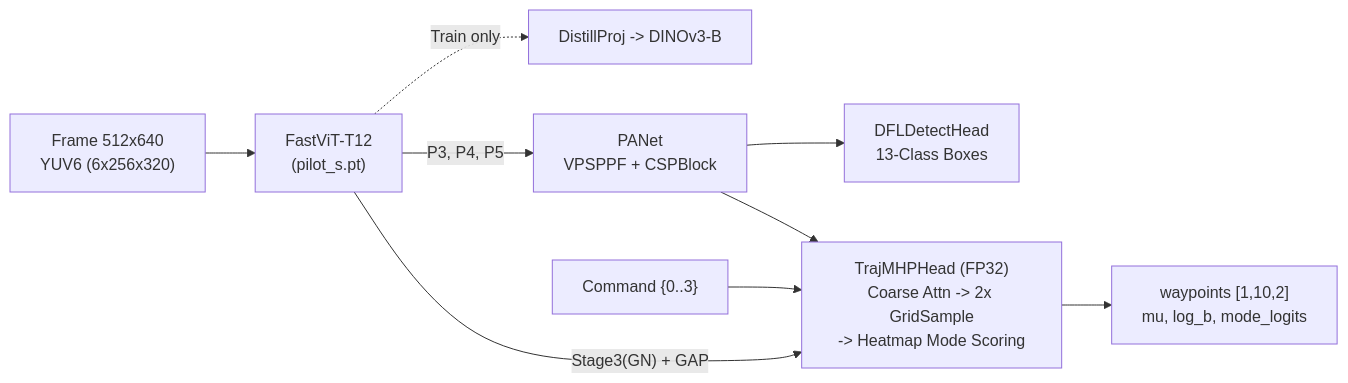
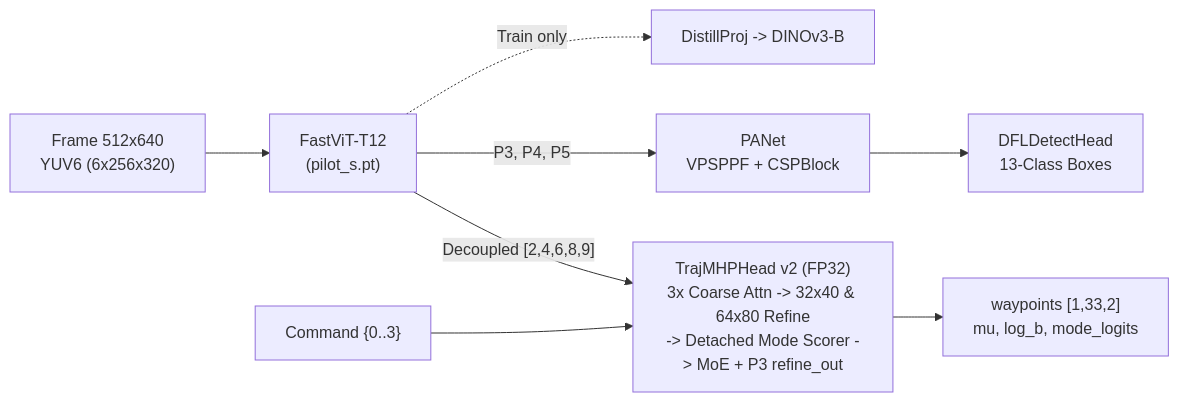
The diagram in examples/bfmc/REPORT.md (vtnguyen04/neuralPilot), drawn with Mermaid before and after one commit. The commit also changed other lines of this file and 18 other files, not shown here.

````diff
--- a/examples/bfmc/REPORT.md
+++ b/examples/bfmc/REPORT.md
@@ -53,11 +87,10 @@
 ```mermaid
 flowchart LR
     IMG["Frame 512x640<br/>YUV6 (6x256x320)"] --> BB["FastViT-T12<br/>(pilot_s.pt)"]
     BB -.->|"Train only"| REPA["DistillProj -> DINOv3-B"]
     BB -->|"P3, P4, P5"| PAN["PANet<br/>VPSPPF + CSPBlock"]
     PAN --> DET["DFLDetectHead<br/>13-Class Boxes"]
     CMD["Command {0..3}"] --> MHP
-    PAN --> MHP["TrajMHPHead (FP32)<br/>Coarse Attn -> 2x GridSample<br/>-> Heatmap Mode Scoring"]
-    BB -->|"Stage3(GN) + GAP"| MHP
-    MHP --> OUT["waypoints [1,10,2]<br/>mu, log_b, mode_logits"]
+    BB -->|"Decoupled [2,4,6,8,9]"| MHP["TrajMHPHead v2 (FP32)<br/>3x Coarse Attn -> 32x40 & 64x80 Refine<br/>-> Detached Mode Scorer -> MoE + P3 refine_out"]
+    MHP --> OUT["waypoints [1,33,2]<br/>mu, log_b, mode_logits"]
 ```
````
